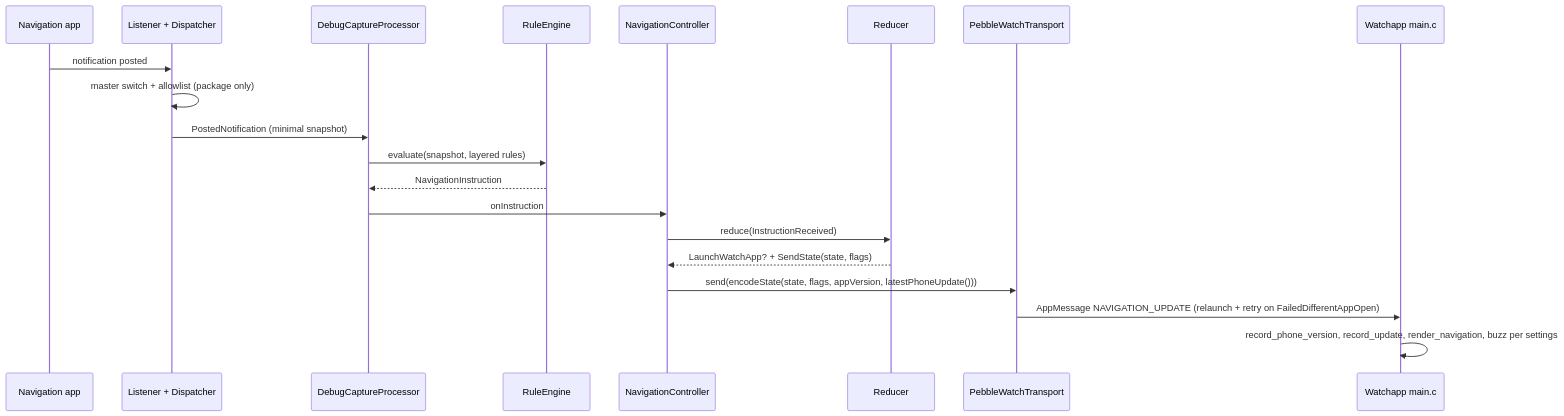
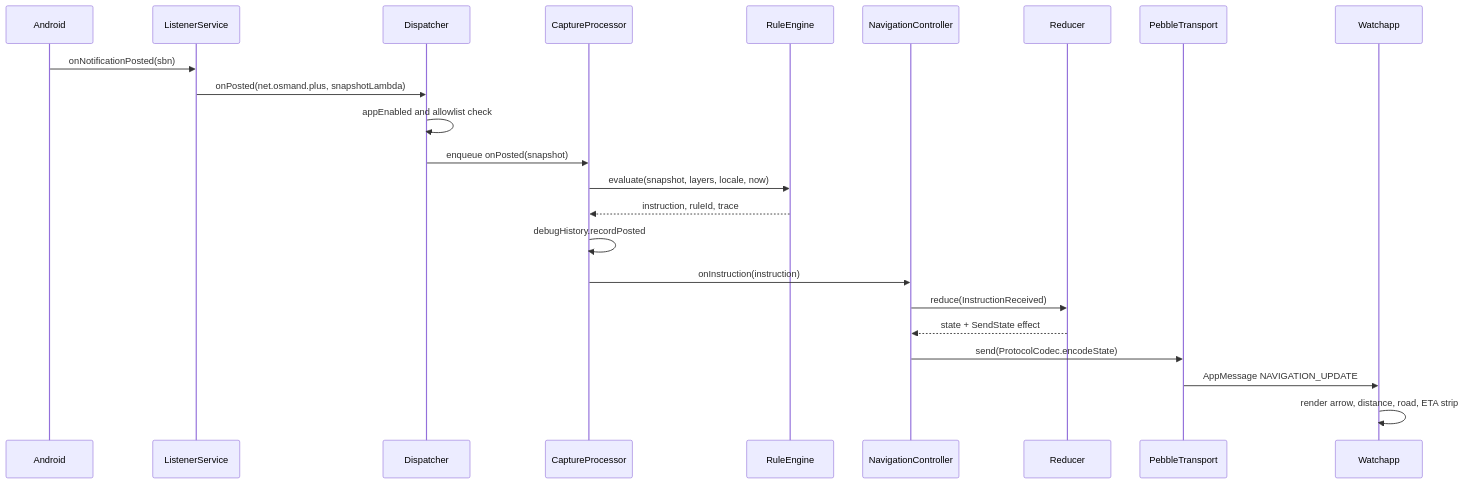
The second of 4 diagrams in aidlc/spaces/default/codekb/PebbleNTN/architecture.md (optio/PebbleNTN), drawn with Mermaid before and after one commit. The commit also changed other lines of this file and 136 other files, not shown here.

````diff
--- a/aidlc/spaces/default/codekb/PebbleNTN/architecture.md
+++ b/aidlc/spaces/default/codekb/PebbleNTN/architecture.md
@@ -283,22 +83,25 @@
 ```mermaid
 sequenceDiagram
-  participant NA as Navigation app
-  participant L as Listener + Dispatcher
-  participant P as DebugCaptureProcessor
-  participant E as RuleEngine
-  participant C as NavigationController
-  participant R as Reducer
-  participant T as PebbleWatchTransport
-  participant W as Watchapp main.c
-  NA->>L: notification posted
-  L->>L: master switch + allowlist (package only)
-  L->>P: PostedNotification (minimal snapshot)
-  P->>E: evaluate(snapshot, layered rules)
-  E-->>P: NavigationInstruction
-  P->>C: onInstruction
-  C->>R: reduce(InstructionReceived)
-  R-->>C: LaunchWatchApp? + SendState(state, flags)
-  C->>T: send(encodeState(state, flags, appVersion, latestPhoneUpdate()))
-  T->>W: AppMessage NAVIGATION_UPDATE (relaunch + retry on FailedDifferentAppOpen)
-  W->>W: record_phone_version, record_update, render_navigation, buzz per settings
+    participant OS as Android
+    participant LS as ListenerService
+    participant ND as Dispatcher
+    participant CP as CaptureProcessor
+    participant RE as RuleEngine
+    participant NC as NavigationController
+    participant RD as Reducer
+    participant TR as PebbleTransport
+    participant W as Watchapp
+    OS->>LS: onNotificationPosted(sbn)
+    LS->>ND: onPosted(net.osmand.plus, snapshotLambda)
+    ND->>ND: appEnabled and allowlist check
+    ND->>CP: enqueue onPosted(snapshot)
+    CP->>RE: evaluate(snapshot, layers, locale, now)
+    RE-->>CP: instruction, ruleId, trace
+    CP->>CP: debugHistory.recordPosted
+    CP->>NC: onInstruction(instruction)
+    NC->>RD: reduce(InstructionReceived)
+    RD-->>NC: state + SendState effect
+    NC->>TR: send(ProtocolCodec.encodeState)
+    TR->>W: AppMessage NAVIGATION_UPDATE
+    W->>W: render arrow, distance, road, ETA strip
 ```
````
